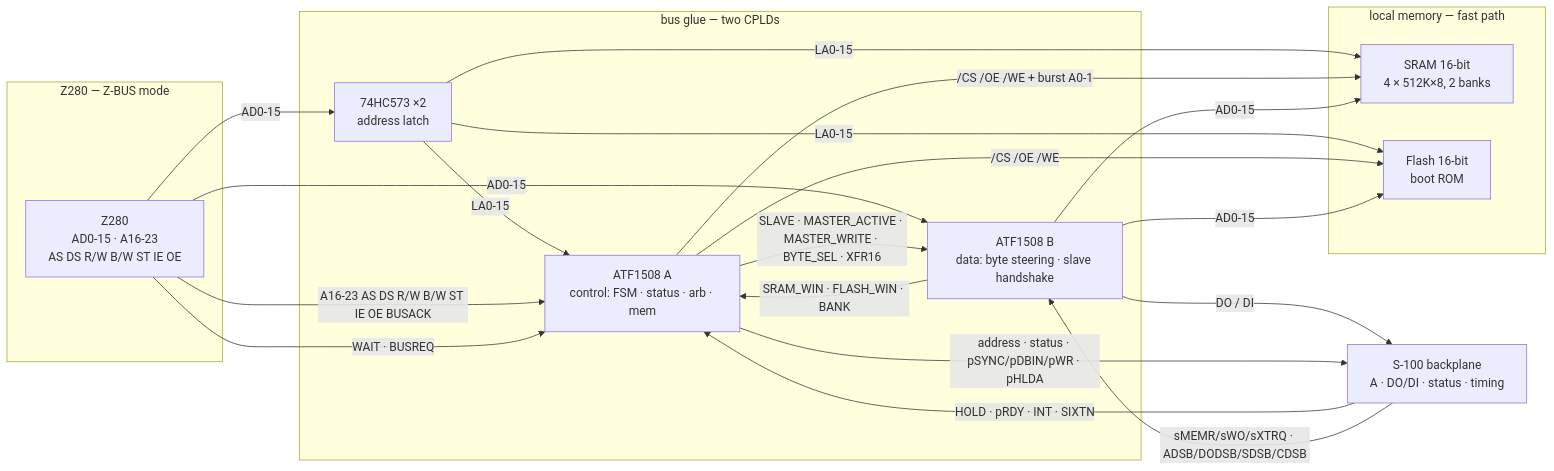
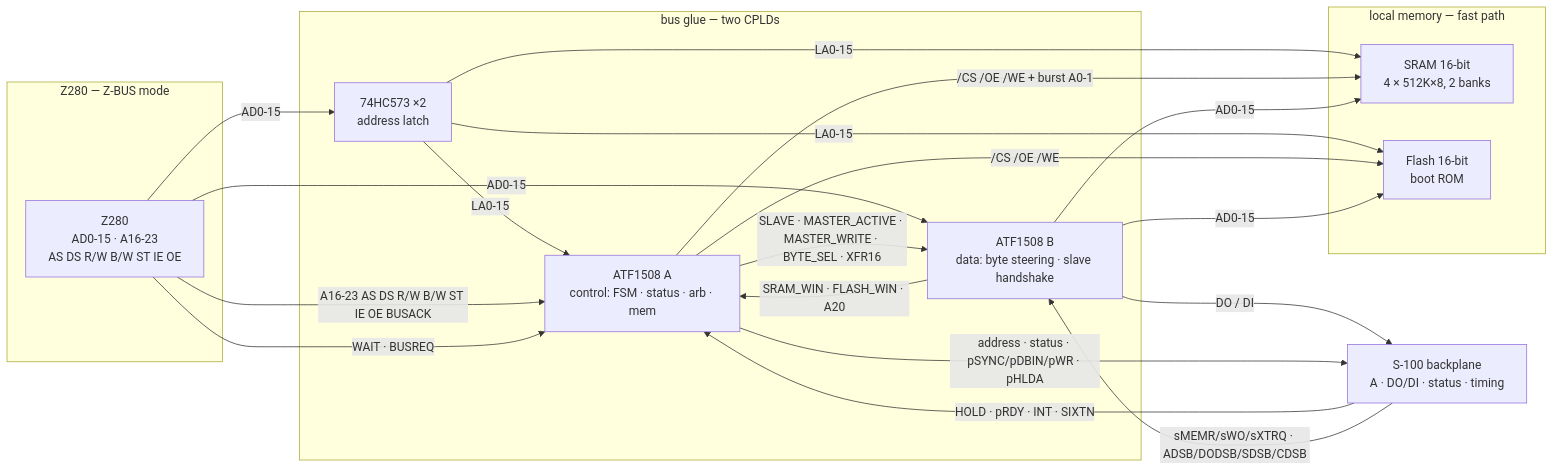
One commit to cm68/Z280-S100 changed the first of 3 diagrams in z280-s100-cpu-card.md. Above: the diagram before and after it, drawn with Mermaid. The commit also changed other lines of this file and 11 other files, not shown here.

First line of the commit message:
Z280 S-100: deterministic schematic UUIDs; unify S-100 footprint name

````diff
--- a/z280-s100-cpu-card.md
+++ b/z280-s100-cpu-card.md
@@ -25,34 +25,34 @@
 ```mermaid
 flowchart LR
   subgraph CPU["Z280 — Z-BUS mode"]
     Z["Z280<br/>AD0-15 · A16-23<br/>AS DS R/W B/W ST IE OE"]
   end
   subgraph GLUE["bus glue — two CPLDs"]
     L["74HC573 ×2<br/>address latch"]
     A["ATF1508 A<br/>control: FSM · status · arb · mem"]
     D["ATF1508 B<br/>data: byte steering · slave handshake"]
   end
   subgraph LOCAL["local memory — fast path"]
     R["SRAM 16-bit<br/>4 × 512K×8, 2 banks"]
     F["Flash 16-bit<br/>boot ROM"]
   end
   B["S-100 backplane<br/>A · DO/DI · status · timing"]
 
   Z -- AD0-15 --> L
   Z -- AD0-15 --> D
   L -- LA0-15 --> R
   L -- LA0-15 --> F
   L -- LA0-15 --> A
   Z -- "A16-23 AS DS R/W B/W ST IE OE BUSACK" --> A
   A -- "/CS /OE /WE + burst A0-1" --> R
   A -- "/CS /OE /WE" --> F
   A -- "SLAVE · MASTER_ACTIVE · MASTER_WRITE · BYTE_SEL · XFR16" --> D
   D -- "AD0-15" --> R
   D -- "AD0-15" --> F
   D -- "DO / DI" --> B
-  D -- "SRAM_WIN · FLASH_WIN · BANK" --> A
+  D -- "SRAM_WIN · FLASH_WIN · A20" --> A
   A -- "address · status · pSYNC/pDBIN/pWR · pHLDA" --> B
   Z -- "WAIT · BUSREQ" --> A
   B -- "HOLD · pRDY · INT · SIXTN" --> A
   B -- "sMEMR/sWO/sXTRQ · ADSB/DODSB/SDSB/CDSB" --> D
 ```
````
